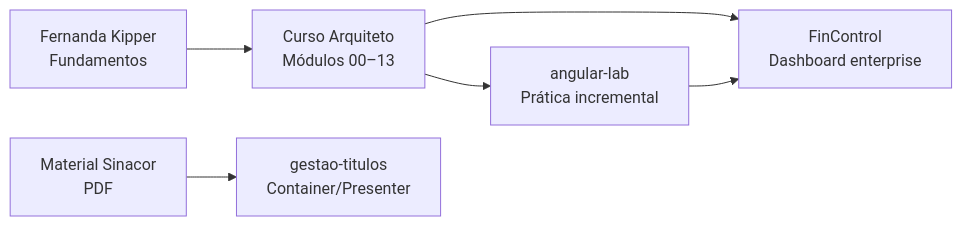
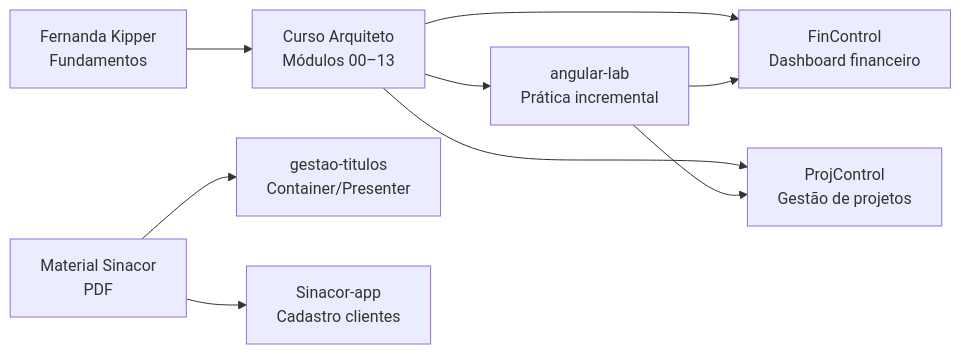
One commit to Thiago-Tertuliano/Estudos-Angular changed the diagram in README.md. Above: the diagram before and after it, drawn with Mermaid. The commit also changed other lines of this file and 1 other file, not shown here.

````diff
--- a/README.md
+++ b/README.md
@@ -16,8 +16,11 @@
 ```mermaid
 flowchart LR
   A[Fernanda Kipper<br/>Fundamentos] --> B[Curso Arquiteto<br/>Módulos 00–13]
   B --> C[angular-lab<br/>Prática incremental]
-  B --> D[FinControl<br/>Dashboard enterprise]
+  B --> D[FinControl<br/>Dashboard financeiro]
+  B --> G[ProjControl<br/>Gestão de projetos]
   E[Material Sinacor<br/>PDF] --> F[gestao-titulos<br/>Container/Presenter]
+  E --> H[Sinacor-app<br/>Cadastro clientes]
   C --> D
+  C --> G
 ```
````
